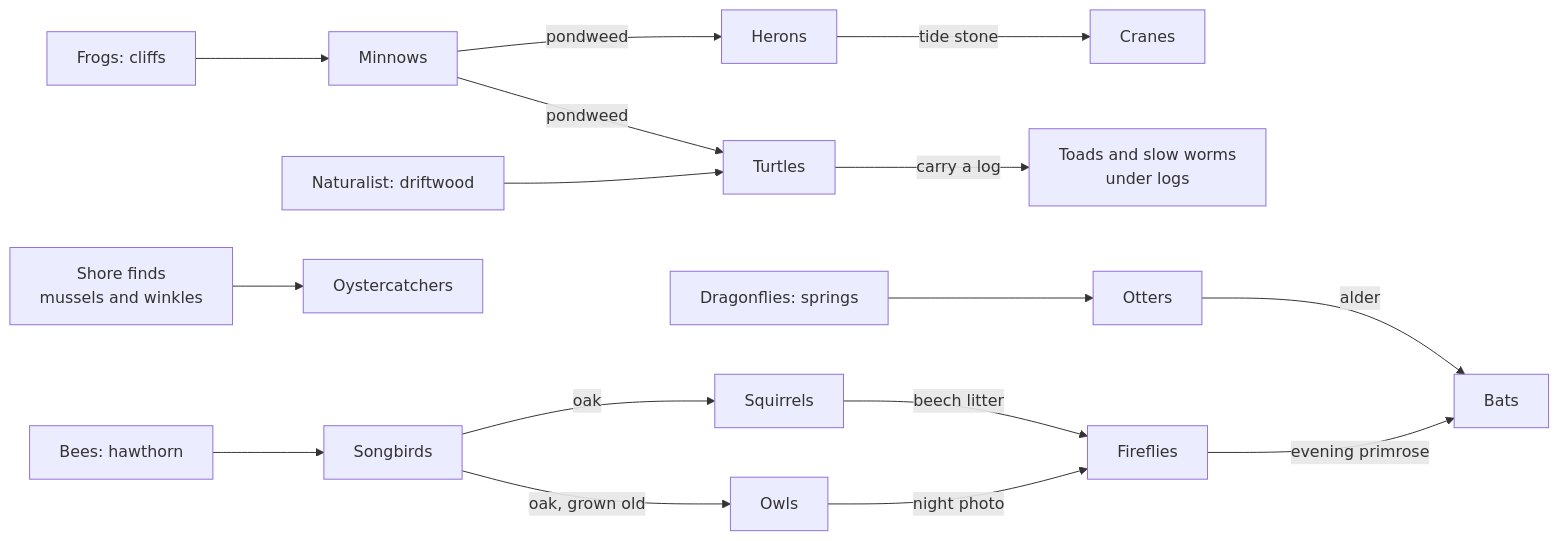
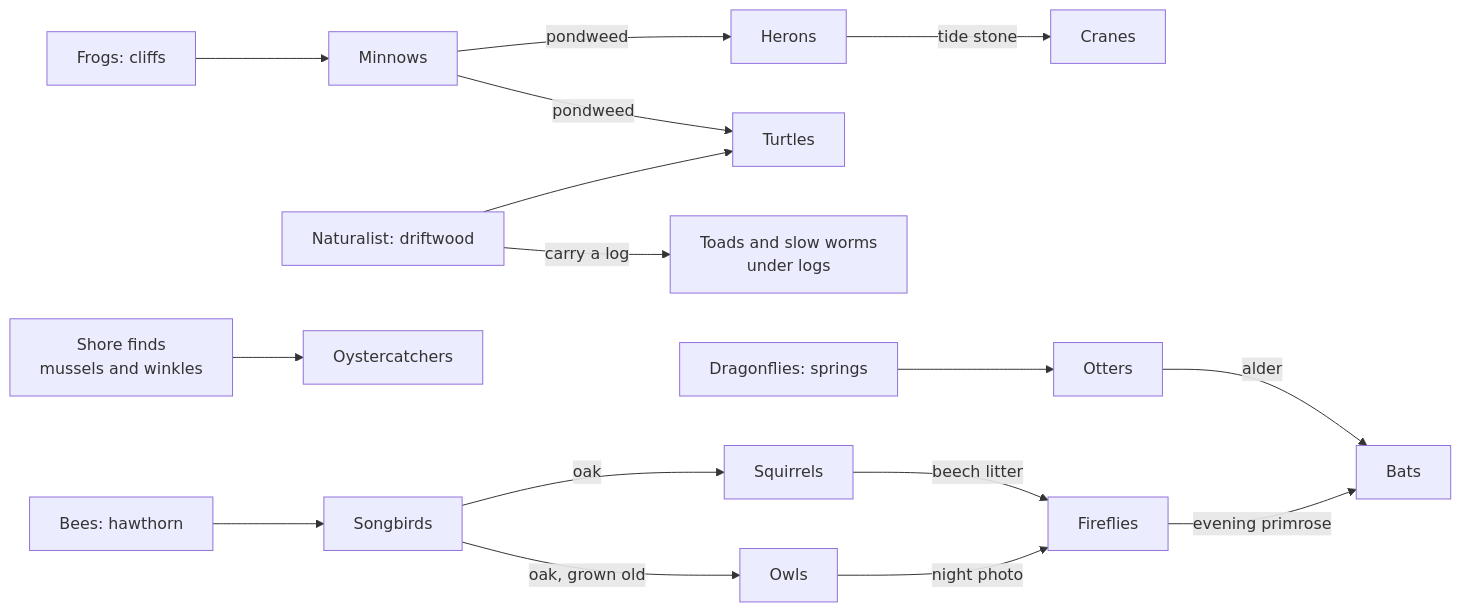
One commit to mshomper/ebb changed the second of 3 diagrams in docs/13-progression-and-expansion.md. Above: the diagram before and after it, drawn with Mermaid. The commit also changed other lines of this file and 6 other files, not shown here.

````diff
--- a/docs/13-progression-and-expansion.md
+++ b/docs/13-progression-and-expansion.md
@@ -97,18 +97,18 @@
 ```mermaid
 flowchart LR
   FR[Frogs: cliffs] --> MI[Minnows]
   MI -->|pondweed| HE[Herons]
   MI -->|pondweed| TU[Turtles]
   NA[Naturalist: driftwood] --> TU
-  TU -->|carry a log| FN[Toads and slow worms<br/>under logs]
+  NA -->|carry a log| FN[Toads and slow worms<br/>under logs]
   SF[Shore finds<br/>mussels and winkles] --> OY[Oystercatchers]
   DR[Dragonflies: springs] --> OT[Otters]
   BE[Bees: hawthorn] --> SO[Songbirds]
   SO -->|oak| SQ[Squirrels]
   SO -->|oak, grown old| OW[Owls]
   SQ -->|beech litter| FI[Fireflies]
   OW -->|night photo| FI
   OT -->|alder| BA[Bats]
   FI -->|evening primrose| BA
   HE -->|tide stone| CR[Cranes]
 ```
````
